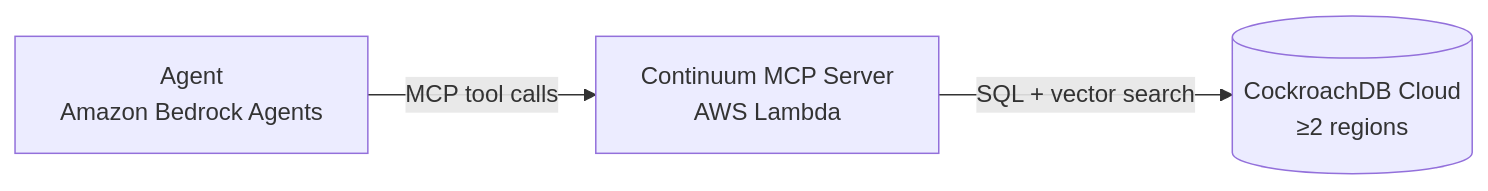
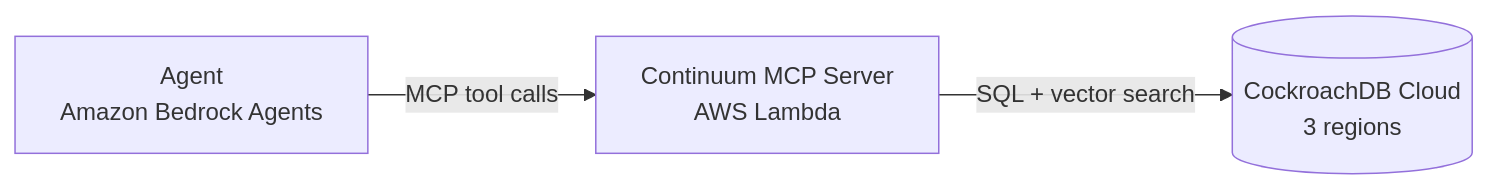
The diagram in README.md (mittalpk/Continuum), drawn with Mermaid before and after one commit. The commit also changed other lines of this file and 3 other files, not shown here.

````diff
--- a/README.md
+++ b/README.md
@@ -20,5 +20,5 @@
 ```mermaid
 graph LR
     Agent[Agent<br/>Amazon Bedrock Agents] -->|MCP tool calls| MCP[Continuum MCP Server<br/>AWS Lambda]
-    MCP -->|SQL + vector search| DB[(CockroachDB Cloud<br/>≥2 regions)]
+    MCP -->|SQL + vector search| DB[(CockroachDB Cloud<br/>3 regions)]
 ```
````
